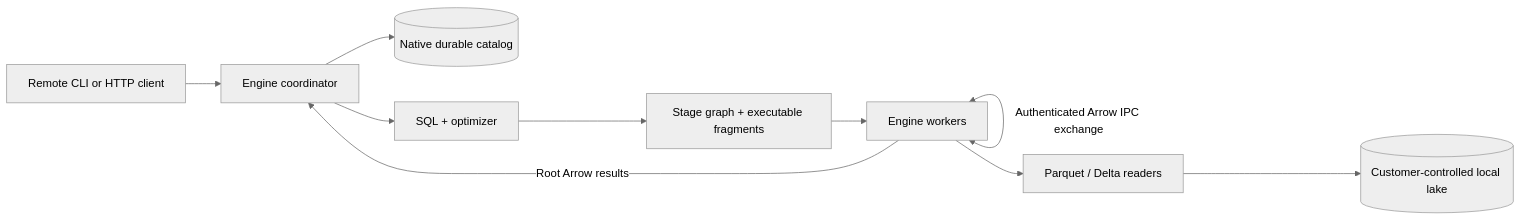
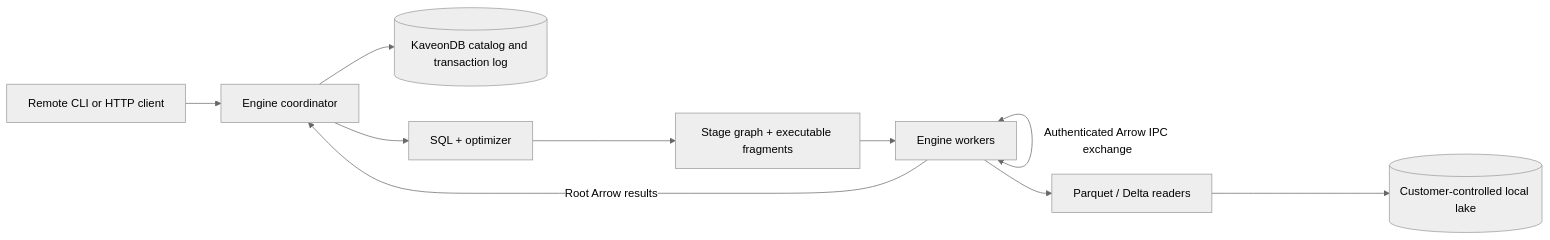
One commit to PruthviProdduturi/Kaveon changed the second of 4 diagrams in ARCHITECTURE.md. Above: the diagram before and after it, drawn with Mermaid (neutral theme). The commit also changed other lines of this file and 1 other file, not shown here.

Commit message:
docs: align native deployment architecture

````diff
--- a/ARCHITECTURE.md
+++ b/ARCHITECTURE.md
@@ -79,12 +80,12 @@
 ```mermaid
 flowchart LR
     Client[Remote CLI or HTTP client] --> Coordinator[Engine coordinator]
-    Coordinator --> Catalog[(Native durable catalog)]
+    Coordinator --> Catalog[(KaveonDB catalog and transaction log)]
     Coordinator --> Parser[SQL + optimizer]
     Parser --> Graph[Stage graph + executable fragments]
     Graph --> Workers[Engine workers]
     Workers <-->|Authenticated Arrow IPC exchange| Workers
     Workers --> Reader[Parquet / Delta readers]
     Reader --> Local[(Customer-controlled local lake)]
     Workers -->|Root Arrow results| Coordinator
 ```
````
